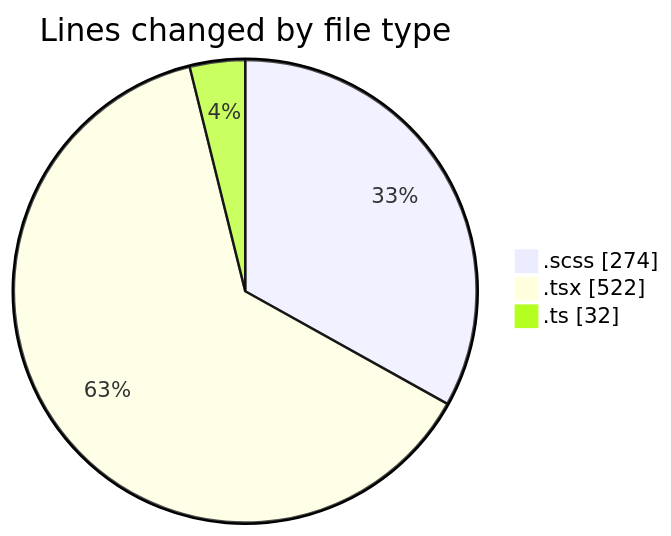
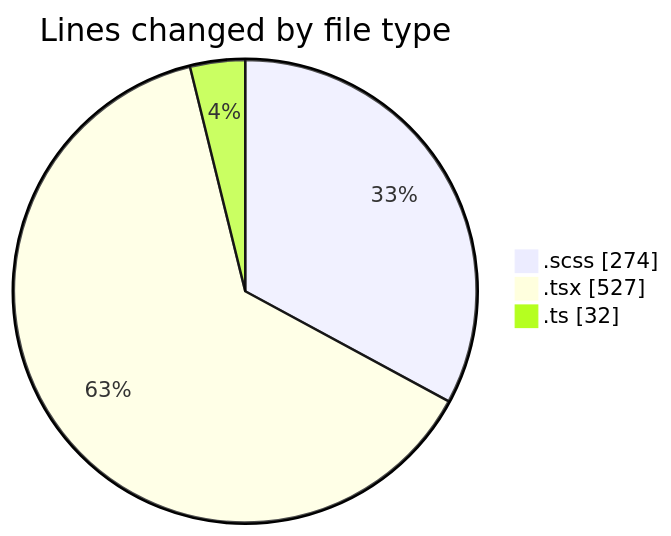
The first of 2 diagrams in 2025-03-04/cda/README.md (momahboobian/code-tracking), drawn with Mermaid before and after one commit. The commit also changed other lines of this file and 1 other file, not shown here.

````diff
--- a/2025-03-04/cda/README.md
+++ b/2025-03-04/cda/README.md
@@ -25,7 +25,7 @@
 ```mermaid
 pie showData
 title Lines changed by file type
 ".scss" : 274
-".tsx" : 522
+".tsx" : 527
 ".ts" : 32
 ```
````
